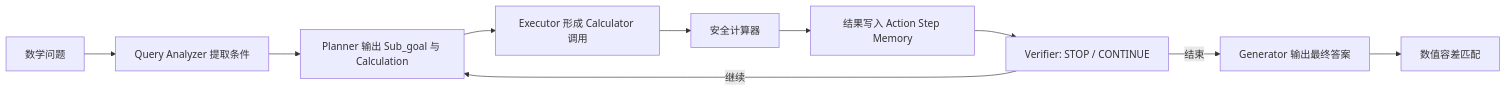
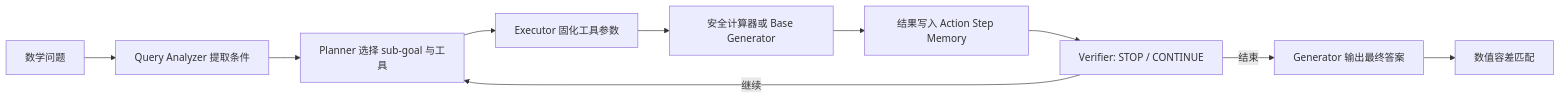
The first of 3 diagrams in docs/project_guide/03_four_task_flows.md (beibeizzz/agentflow), drawn with Mermaid before and after one commit. The commit also changed other lines of this file and 61 other files, not shown here.

````diff
--- a/docs/project_guide/03_four_task_flows.md
+++ b/docs/project_guide/03_four_task_flows.md
@@ -22,12 +22,12 @@
 ```mermaid
 flowchart LR
     Q[数学问题] --> A[Query Analyzer 提取条件]
-    A --> P[Planner 输出 Sub_goal 与 Calculation]
-    P --> E[Executor 形成 Calculator 调用]
-    E --> C[安全计算器]
+    A --> P[Planner 选择 sub-goal 与工具]
+    P --> E[Executor 固化工具参数]
+    E --> C[安全计算器或 Base Generator]
     C --> M[结果写入 Action Step Memory]
     M --> V[Verifier: STOP / CONTINUE]
     V -->|继续| P
     V -->|结束| G[Generator 输出最终答案]
     G --> R[数值容差匹配]
 ```
````
